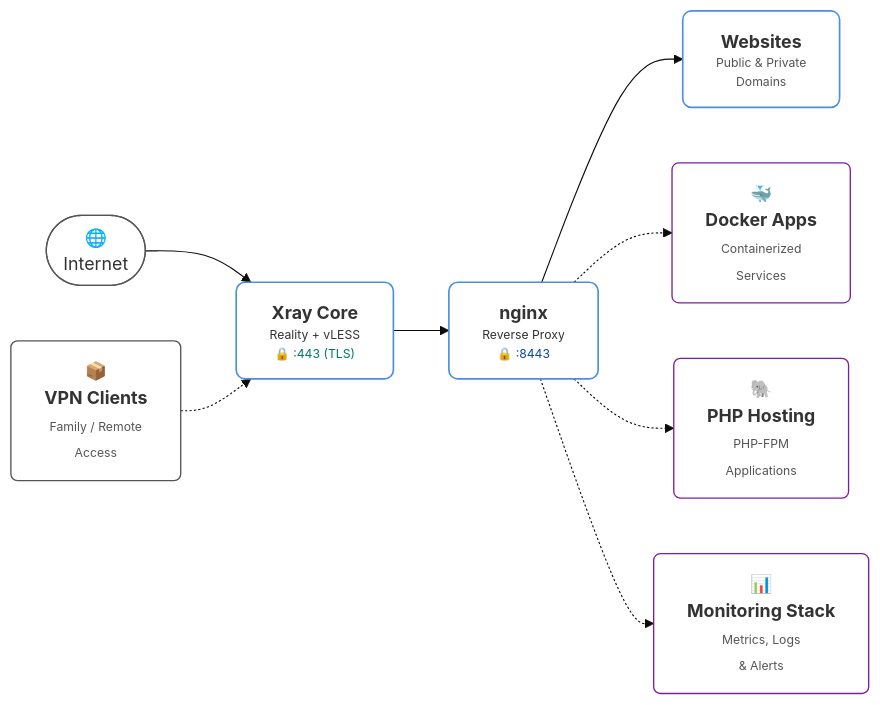
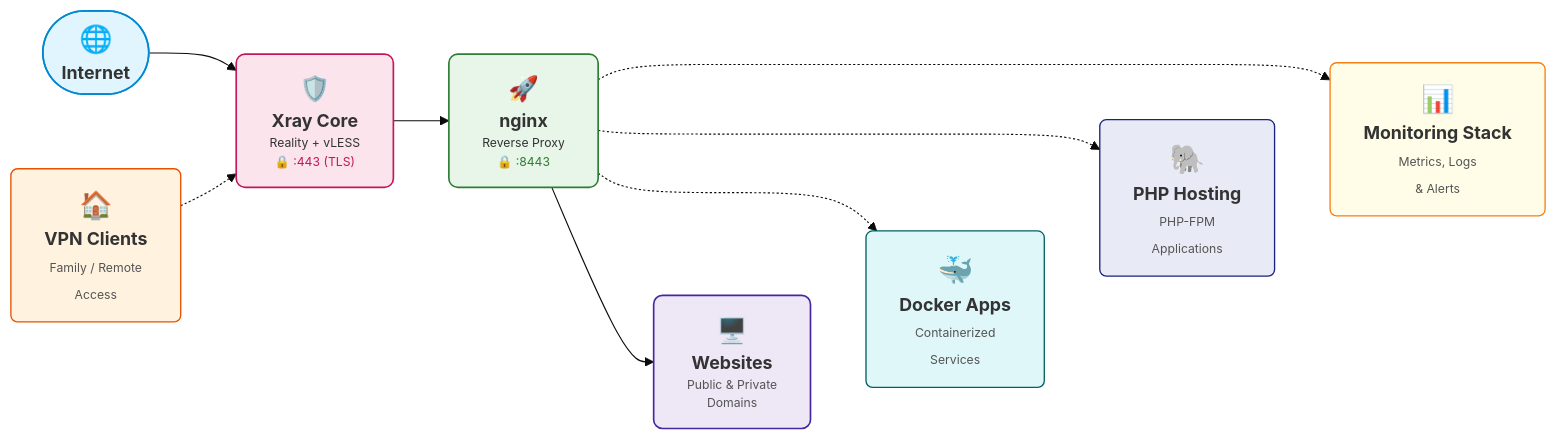
One commit to dzamal-barambajev/infra-self-audit changed the diagram in README.md. Above: the diagram before and after it, drawn with Mermaid.

Commit message:
Apply compact layout, vibrant background fills, and larger tech logos

````diff
--- a/README.md
+++ b/README.md
@@ -27,34 +27,51 @@
 ```mermaid
-%%{init: {'theme': 'base', 'themeVariables': { 'fontFamily': 'Helvetica', 'primaryColor': '#ffffff', 'edgeLabelBackground':'#ffffff'}}}%%
+%%{init: {'theme': 'base', 'themeVariables': { 'fontFamily': 'Helvetica', 'edgeLabelBackground':'#ffffff'}}}%%
 graph LR
-    %% Style Profiles
-    classDef mainNode fill:#fff,stroke:#4A90E2,stroke-width:1.5px,rx:8px,ry:8px;
-    classDef secNode fill:#fff,stroke:#7B1FA2,stroke-width:1.2px,rx:6px,ry:6px;
-    classDef outlineNode fill:#fff,stroke:#555,stroke-width:1.2px,rx:6px,ry:6px;
+    %% Style Profiles with Custom Background Colors
+    classDef internetStyle fill:#E1F5FE,stroke:#0288D1,stroke-width:1.5px,rx:8px,ry:8px;
+    classDef xrayStyle fill:#FCE4EC,stroke:#C2185B,stroke-width:1.5px,rx:8px,ry:8px;
+    classDef nginxStyle fill:#E8F5E9,stroke:#2E7D32,stroke-width:1.5px,rx:8px,ry:8px;
+    classDef webStyle fill:#EDE7F6,stroke:#4527A0,stroke-width:1.5px,rx:8px,ry:8px;
+    
+    classDef vpnStyle fill:#FFF3E0,stroke:#E65100,stroke-width:1.2px,rx:6px,ry:6px;
+    classDef dockerStyle fill:#E0F7FA,stroke:#006064,stroke-width:1.2px,rx:6px,ry:6px;
+    classDef phpStyle fill:#E8EAF6,stroke:#1A237E,stroke-width:1.2px,rx:6px,ry:6px;
+    classDef monStyle fill:#FFFDE7,stroke:#F57F17,stroke-width:1.2px,rx:6px,ry:6px;
 
-    %% Elements and Icons definition
-    Internet(["🌐 <br> Internet"])
-    Xray["<div style='color:#00796B; font-weight:bold;'>Xray Core</div><div style='font-size:11px; color:#555;'>Reality + vLESS</div><div style='font-size:11px; color:#00796B;'>🔒 :443 (TLS)</div>"]
-    Nginx["<div style='color:#0D47A1; font-weight:bold;'>nginx</div><div style='font-size:11px; color:#555;'>Reverse Proxy</div><div style='font-size:11px; color:#0D47A1;'>🔒 :8443</div>"]
-    Web["<div style='color:#1A237E; font-weight:bold;'>Websites</div><div style='font-size:11px; color:#555;'>Public & Private<br>Domains</div>"]
+    %% Elements and Icons definition with Larger Emojis
+    Internet(["<span style='font-size:24px;'>🌐</span><br><b>Internet</b>"])
+    Xray["<span style='font-size:22px;'>🛡️</span><br><div style='color:#C2185B; font-weight:bold;'>Xray Core</div><div style='font-size:11px; color:#555;'>Reality + vLESS</div><div style='font-size:11px; color:#C2185B;'>🔒 :443 (TLS)</div>"]
+    Nginx["<span style='font-size:22px;'>🚀</span><br><div style='color:#2E7D32; font-weight:bold;'>nginx</div><div style='font-size:11px; color:#555;'>Reverse Proxy</div><div style='font-size:11px; color:#2E7D32;'>🔒 :8443</div>"]
+    Web["<span style='font-size:22px;'>🖥️</span><br><div style='color:#4527A0; font-weight:bold;'>Websites</div><div style='font-size:11px; color:#555;'>Public & Private<br>Domains</div>"]
     
-    VPN["📦 <br> <b>VPN Clients</b><br><span style='font-size:11px; color:#555;'>Family / Remote<br>Access</span>"]
-    Docker["🐳 <br> <b>Docker Apps</b><br><span style='font-size:11px; color:#555;'>Containerized<br>Services</span>"]
-    PHP["🐘 <br> <b>PHP Hosting</b><br><span style='font-size:11px; color:#555;'>PHP-FPM<br>Applications</span>"]
-    Mon["📊 <br> <b>Monitoring Stack</b><br><span style='font-size:11px; color:#555;'>Metrics, Logs<br>& Alerts</span>"]
+    VPN["<span style='font-size:24px;'>🏠</span><br><b>VPN Clients</b><br><span style='font-size:11px; color:#555;'>Family / Remote<br>Access</span>"]
+    Docker["<span style='font-size:26px;'>🐳</span><br><b>Docker Apps</b><br><span style='font-size:11px; color:#555;'>Containerized<br>Services</span>"]
+    PHP["<span style='font-size:26px;'>🐘</span><br><b>PHP Hosting</b><br><span style='font-size:11px; color:#555;'>PHP-FPM<br>Applications</span>"]
+    Mon["<span style='font-size:24px;'>📊</span><br><b>Monitoring Stack</b><br><span style='font-size:11px; color:#555;'>Metrics, Logs<br>& Alerts</span>"]
 
     %% Flow Connections
     Internet --> Xray
     Xray --> Nginx
     Nginx --> Web
     
     VPN -.-> Xray
     Nginx -.-> Docker
     Nginx -.-> PHP
     Nginx -.-> Mon
 
+    %% Force tight horizontal clustering using invisible connections
+    VPN ~~~ Docker
+    Docker ~~~ PHP
+    PHP ~~~ Mon
+    Web ~~~ Docker
+
     %% Assigning Style Classes
-    class Xray,Nginx,Web mainNode;
-    class Docker,PHP,Mon secNode;
-    class Internet,VPN outlineNode;
+    class Internet internetStyle;
+    class Xray xrayStyle;
+    class Nginx nginxStyle;
+    class Web webStyle;
+    class VPN vpnStyle;
+    class Docker dockerStyle;
+    class PHP phpStyle;
+    class Mon monStyle;
 ```
````
